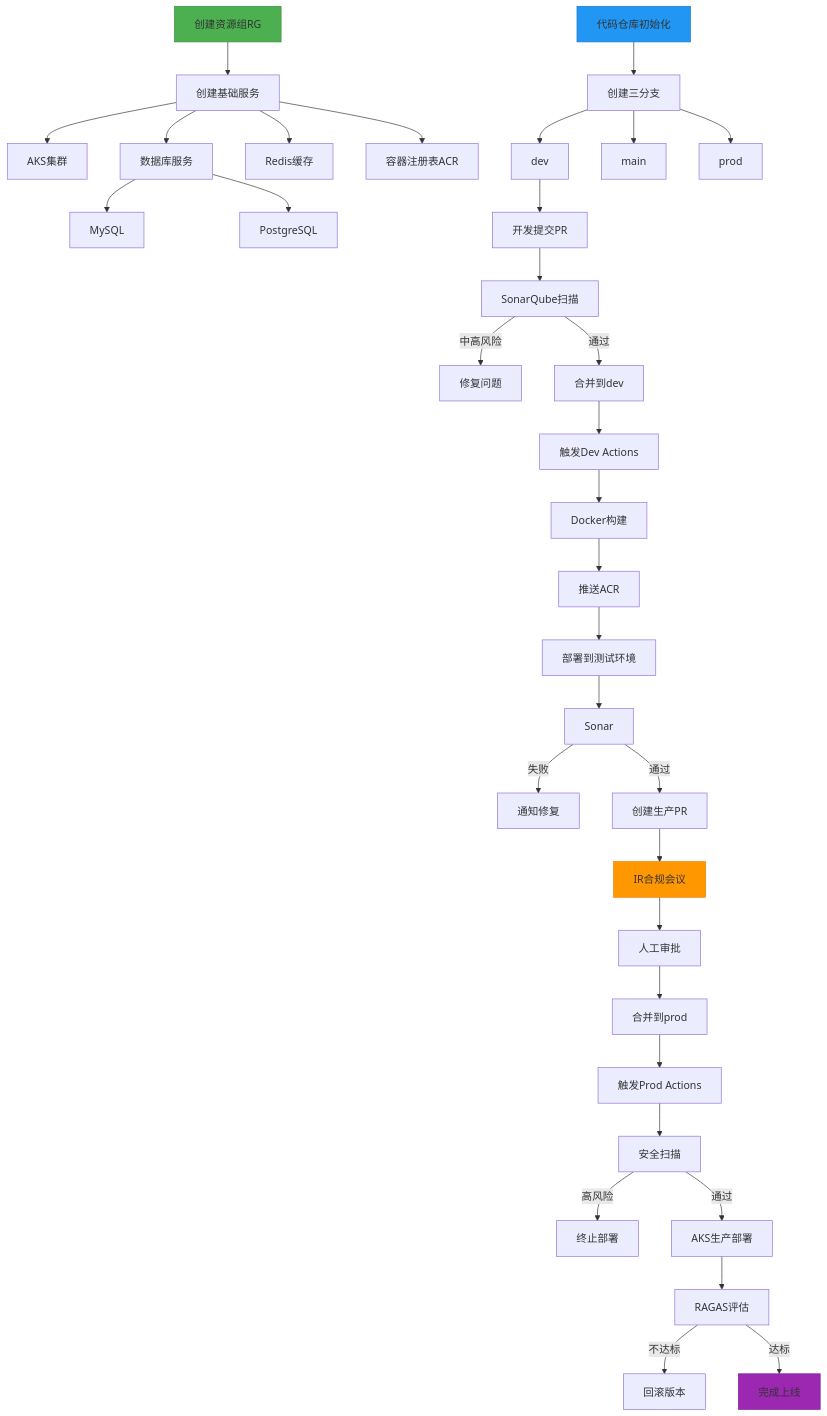
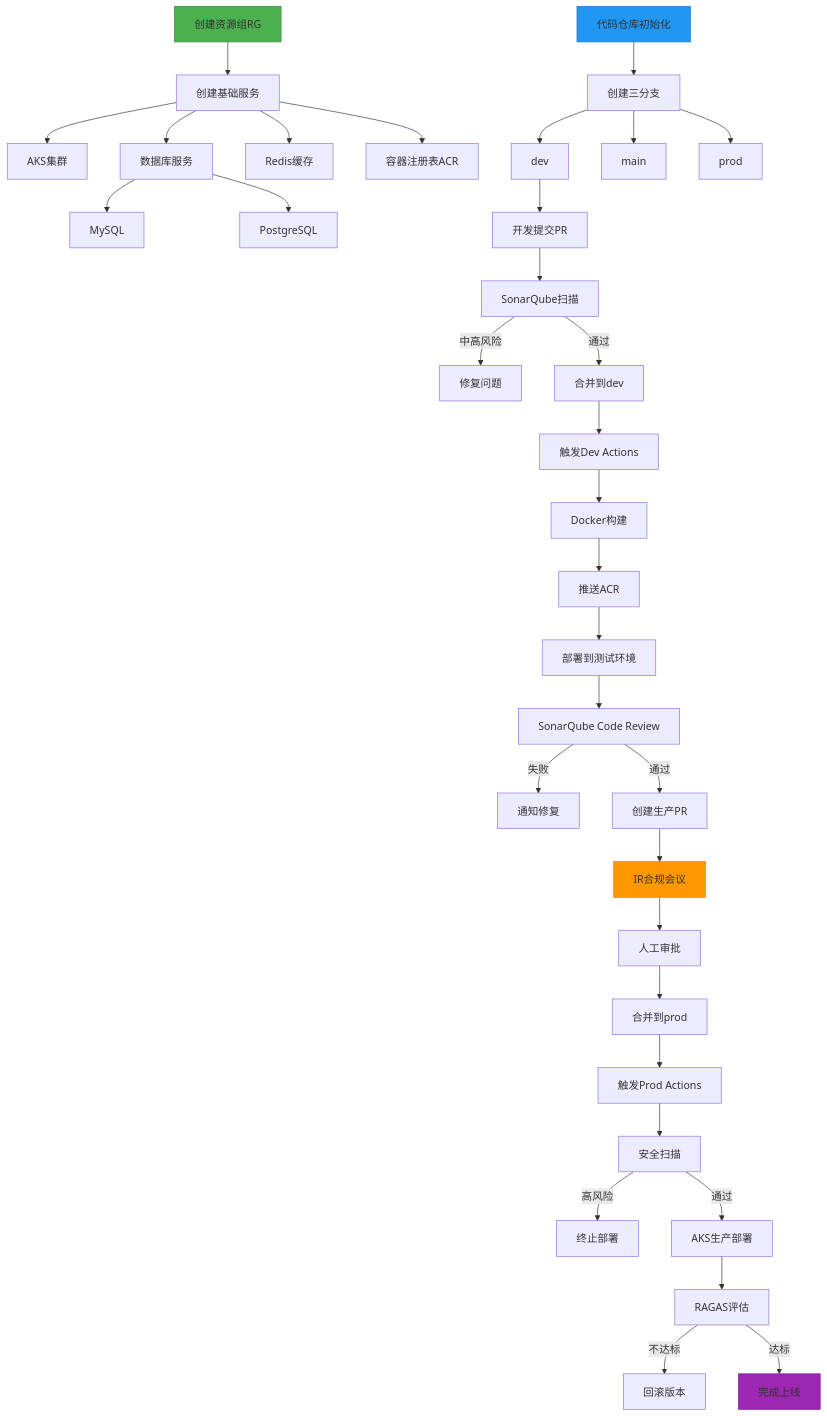
One commit to funnyData/iodraw-files changed the diagram in all/未命名-1.md. Above: the diagram before and after it, drawn with Mermaid.

Commit message:
2025-02-27 01:15:03 update

````diff
--- a/all/未命名-1.md
+++ b/all/未命名-1.md
@@ -1,47 +1,47 @@
 ```mermaid
 graph TD
     A[创建资源组RG] --> B[创建基础服务]
     B --> C[AKS集群]
     B --> D[数据库服务]
     D --> DA[MySQL]
     D --> DB[PostgreSQL]
     B --> E[Redis缓存]
     B --> F[容器注册表ACR]
     
     G[代码仓库初始化] --> H[创建三分支]
     H --> I[dev]
     H --> J[main]
     H --> K[prod]
     
     I --> L[开发提交PR]
     L --> M[SonarQube扫描]
     M -->|中高风险| N[修复问题]
     M -->|通过| O[合并到dev]
     
     O --> P[触发Dev Actions]
     P --> Q[Docker构建]
     Q --> R[推送ACR]
     R --> S[部署到测试环境]
     
-    S --> T[Sonar]
+    S --> T[SonarQube Code Review]
     T -->|失败| U[通知修复]
     T -->|通过| V[创建生产PR]
     
     V --> W[IR合规会议]
     W --> X[人工审批]
     X --> Y[合并到prod]
     
     Y --> Z[触发Prod Actions]
     Z --> AA[安全扫描]
     AA -->|高风险| AB[终止部署]
     AA -->|通过| AC[AKS生产部署]
     
     AC --> AD[RAGAS评估]
     AD -->|不达标| AE[回滚版本]
     AD -->|达标| AF[完成上线]
     
     style A fill:#4CAF50,stroke:#388E3C
     style G fill:#2196F3,stroke:#1976D2
     style W fill:#FF9800,stroke:#F57C00
     style AF fill:#9C27B0,stroke:#7B1FA2
 ```
````
